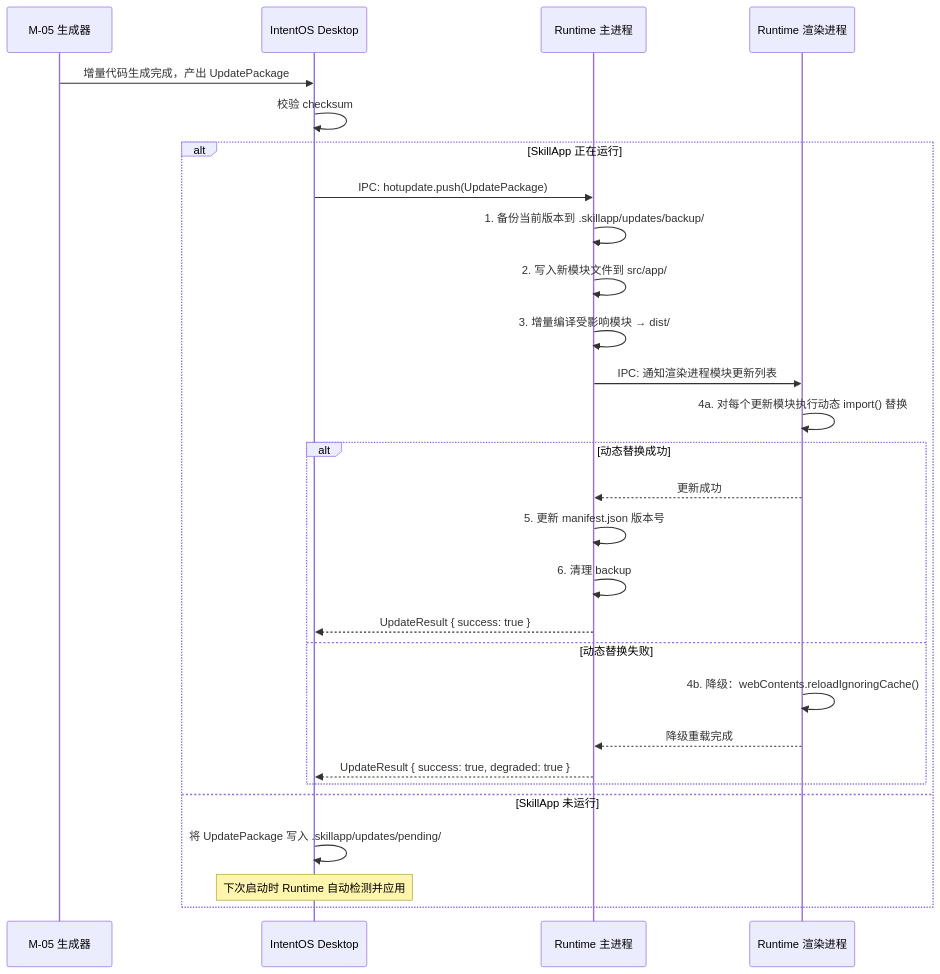
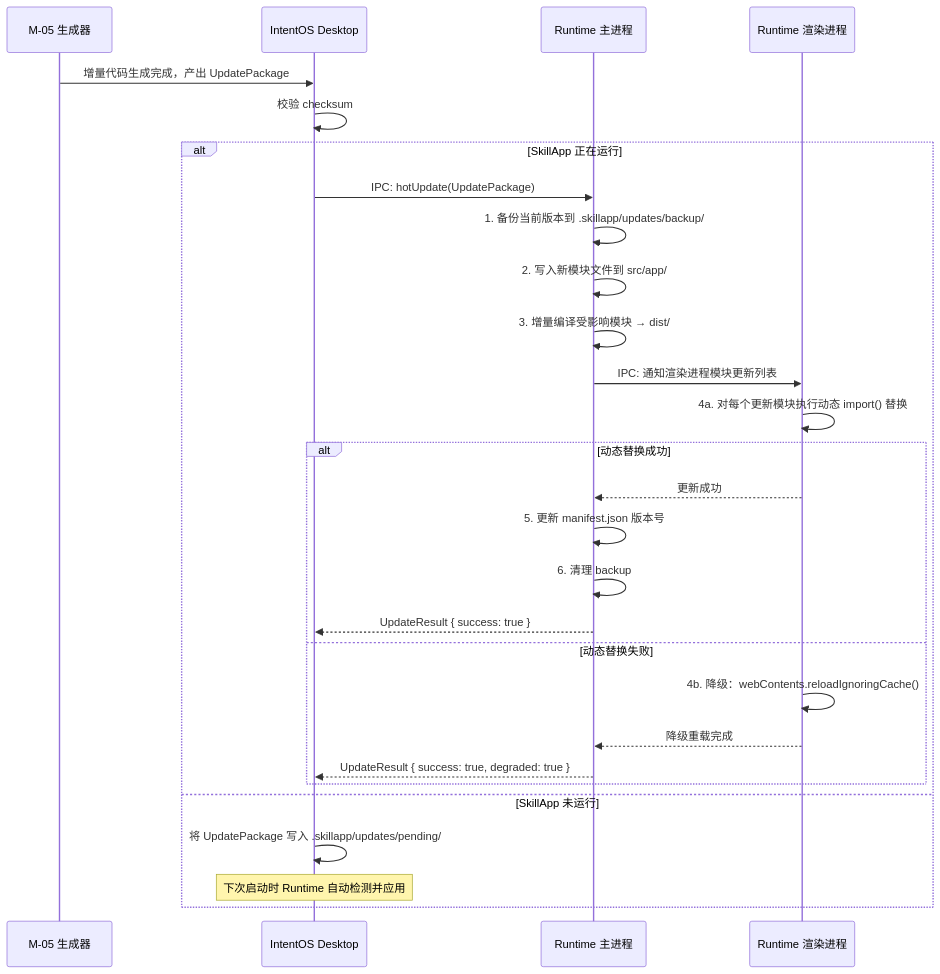
The sixth of 8 diagrams in docs/spec/skillapp-spec.md (digimads-lab/intent-os), drawn with Mermaid before and after one commit. The commit also changed other lines of this file, not shown here.

````diff
--- a/docs/spec/skillapp-spec.md
+++ b/docs/spec/skillapp-spec.md
@@ -513,34 +516,34 @@
 ```mermaid
 sequenceDiagram
     participant M05 as M-05 生成器
     participant IOS as IntentOS Desktop
     participant RTM as Runtime 主进程
     participant RTR as Runtime 渲染进程
 
     M05->>IOS: 增量代码生成完成，产出 UpdatePackage
     IOS->>IOS: 校验 checksum
 
     alt SkillApp 正在运行
-        IOS->>RTM: IPC: hotupdate.push(UpdatePackage)
+        IOS->>RTM: IPC: hotUpdate(UpdatePackage)
         RTM->>RTM: 1. 备份当前版本到 .skillapp/updates/backup/
         RTM->>RTM: 2. 写入新模块文件到 src/app/
         RTM->>RTM: 3. 增量编译受影响模块 → dist/
         RTM->>RTR: IPC: 通知渲染进程模块更新列表
         RTR->>RTR: 4a. 对每个更新模块执行动态 import() 替换
 
         alt 动态替换成功
             RTR-->>RTM: 更新成功
             RTM->>RTM: 5. 更新 manifest.json 版本号
             RTM->>RTM: 6. 清理 backup
             RTM-->>IOS: UpdateResult { success: true }
         else 动态替换失败
             RTR->>RTR: 4b. 降级：webContents.reloadIgnoringCache()
             RTR-->>RTM: 降级重载完成
             RTM-->>IOS: UpdateResult { success: true, degraded: true }
         end
 
     else SkillApp 未运行
         IOS->>IOS: 将 UpdatePackage 写入 .skillapp/updates/pending/
         Note over IOS: 下次启动时 Runtime 自动检测并应用
     end
 ```
````
